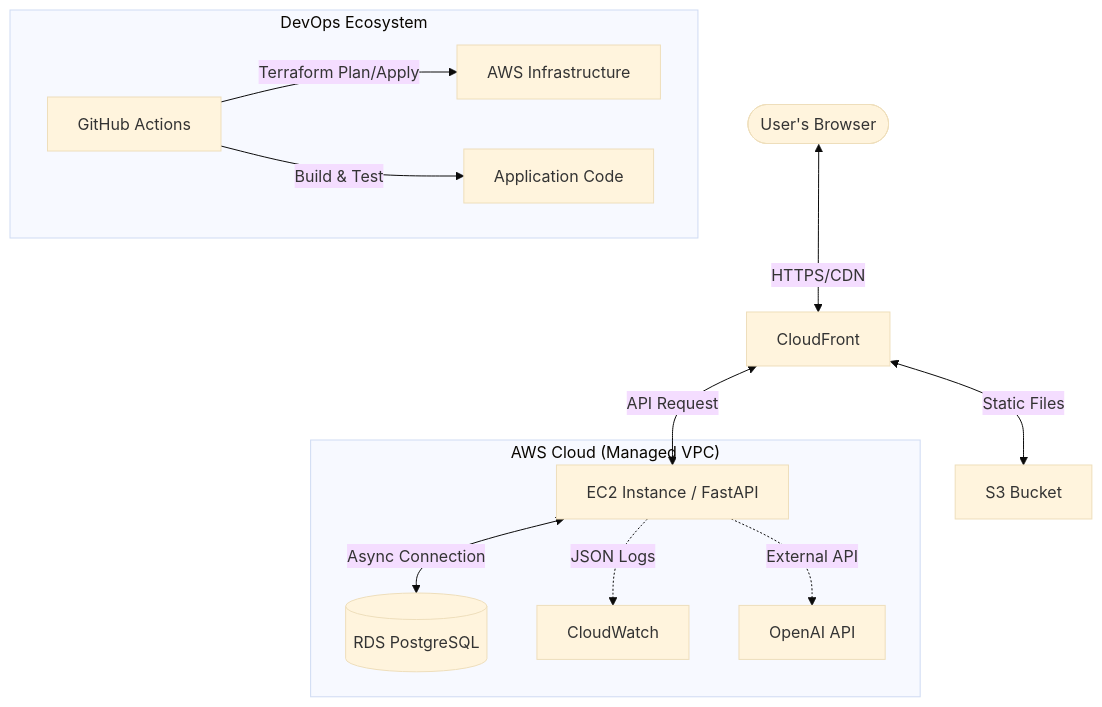
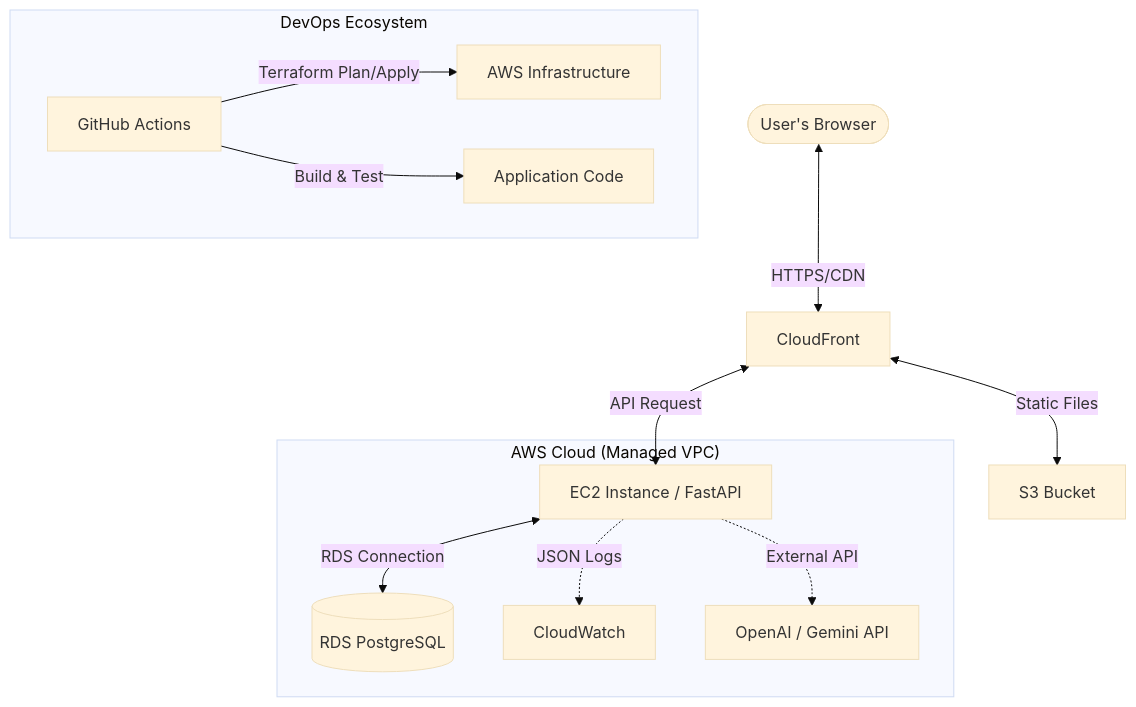
The first of 5 diagrams in README.md (rtiak-ops/251025), drawn with Mermaid (base theme) before and after one commit. The commit also changed other lines of this file and 6 other files, not shown here.

````diff
--- a/README.md
+++ b/README.md
@@ -37,17 +37,17 @@
 ```mermaid
 graph TD
     User([User's Browser]) <-->|HTTPS/CDN| CF[CloudFront]
     CF <-->|Static Files| S3[S3 Bucket]
     CF <-->|API Request| EC2[EC2 Instance / FastAPI]
     
     subgraph "AWS Cloud (Managed VPC)"
-        EC2 <-->|Async Connection| RDS[(RDS PostgreSQL)]
+        EC2 <-->|RDS Connection| RDS[(RDS PostgreSQL)]
         EC2 -.->|JSON Logs| CW[CloudWatch]
-        EC2 -.->|External API| OpenAI[OpenAI API]
+        EC2 -.->|External API| AI[OpenAI / Gemini API]
     end
 
     subgraph "DevOps Ecosystem"
         GA[GitHub Actions] -->|Terraform Plan/Apply| AWS[AWS Infrastructure]
         GA -->|Build & Test| App[Application Code]
     end
 ```
````
